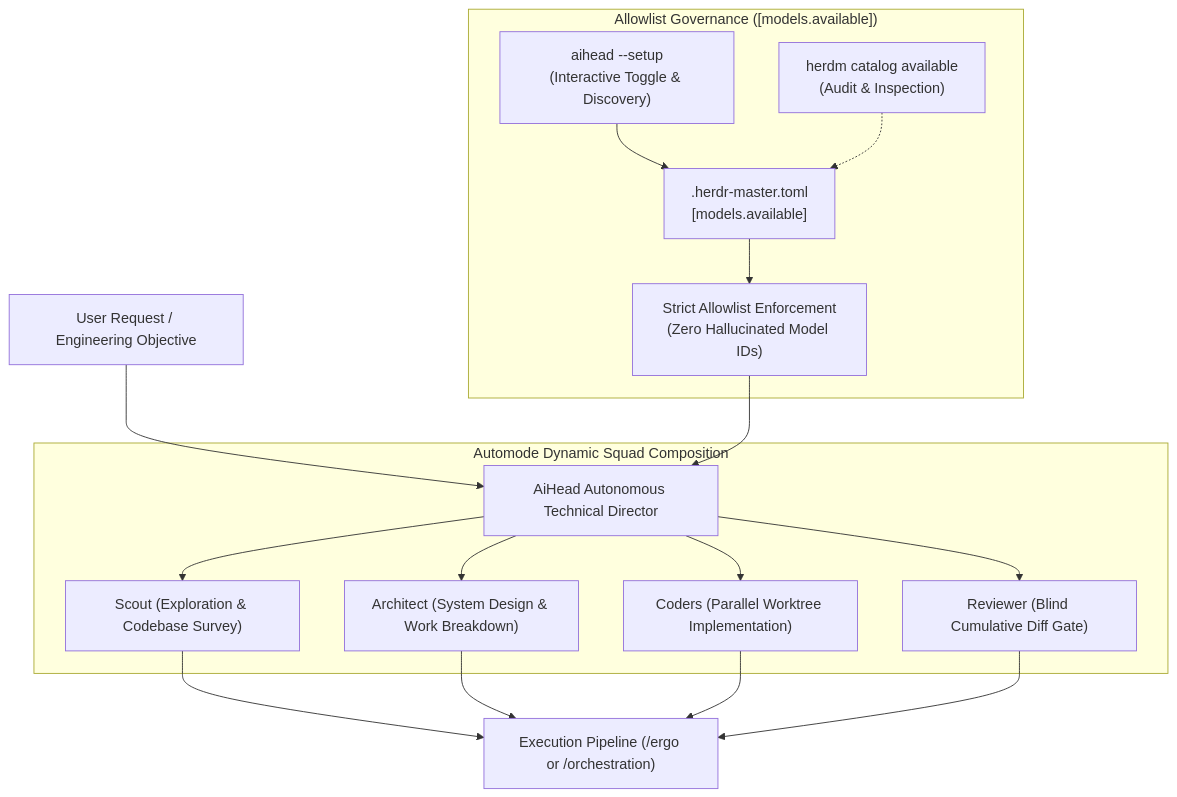
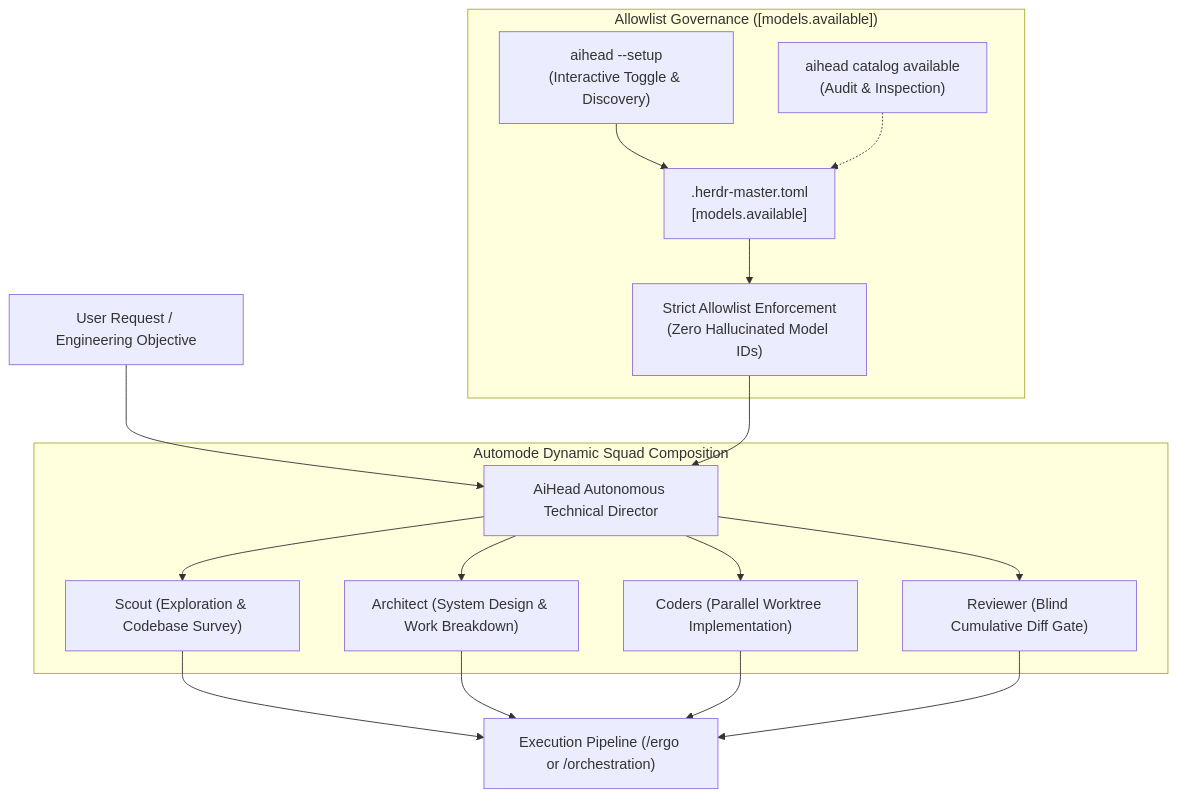
The diagram in README.md (pank85/AiHead-Orchestrator), drawn with Mermaid before and after one commit. The commit also changed other lines of this file and 31 other files, not shown here.

Commit message:
feat(cli): complete herdm to aihead migration

````diff
--- a/README.md
+++ b/README.md
@@ -28,24 +28,24 @@
 ```mermaid
 flowchart TD
     UserReq["User Request / Engineering Objective"] --> AiHead["AiHead Autonomous Technical Director"]
     
     subgraph Governance ["Allowlist Governance ([models.available])"]
         SetupTUI["aihead --setup<br/>(Interactive Toggle & Discovery)"] --> ConfigFile[".herdr-master.toml<br/>[models.available]"]
-        CatalogCLI["herdm catalog available<br/>(Audit & Inspection)"] -.-> ConfigFile
+        CatalogCLI["aihead catalog available<br/>(Audit & Inspection)"] -.-> ConfigFile
         ConfigFile --> DynamicFilter["Strict Allowlist Enforcement<br/>(Zero Hallucinated Model IDs)"]
     end
     
     DynamicFilter --> AiHead
     
     subgraph AutomodeEngine ["Automode Dynamic Squad Composition"]
         AiHead --> RoleScout["Scout (Exploration & Codebase Survey)"]
         AiHead --> RoleArchitect["Architect (System Design & Work Breakdown)"]
         AiHead --> RoleCoders["Coders (Parallel Worktree Implementation)"]
         AiHead --> RoleReviewer["Reviewer (Blind Cumulative Diff Gate)"]
     end
     
     RoleScout --> PipelineExecution["Execution Pipeline (/ergo or /orchestration)"]
     RoleArchitect --> PipelineExecution
     RoleCoders --> PipelineExecution
     RoleReviewer --> PipelineExecution
 ```
````
